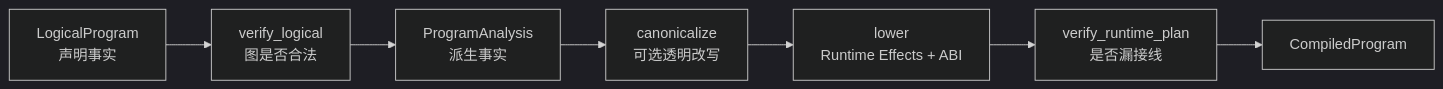
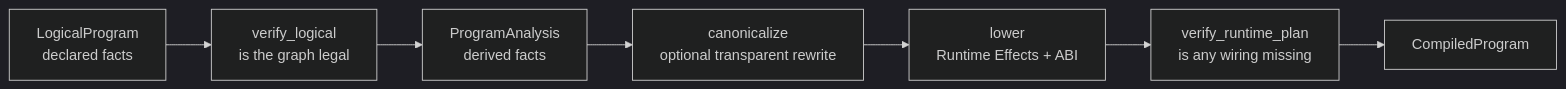
One commit to OpenDCAI/RayOrch changed the first of 2 diagrams in docs/multigrain_v3_6_walkthrough/02_compiler_pipeline.md. Above: the diagram before and after it, drawn with Mermaid (dark theme). The commit also changed other lines of this file and 31 other files, not shown here.

Commit message:
docs(v3.6): publish bilingual architecture guides

````diff
--- a/docs/multigrain_v3_6_walkthrough/02_compiler_pipeline.md
+++ b/docs/multigrain_v3_6_walkthrough/02_compiler_pipeline.md
@@ -31,12 +62,12 @@
 ```mermaid
 flowchart LR
-    Logical["LogicalProgram<br/>声明事实"]
-    Verify1["verify_logical<br/>图是否合法"]
-    Analyze["ProgramAnalysis<br/>派生事实"]
-    Canon["canonicalize<br/>可选透明改写"]
+    Logical["LogicalProgram<br/>declared facts"]
+    Verify1["verify_logical<br/>is the graph legal"]
+    Analyze["ProgramAnalysis<br/>derived facts"]
+    Canon["canonicalize<br/>optional transparent rewrite"]
     Lower["lower<br/>Runtime Effects + ABI"]
-    Verify2["verify_runtime_plan<br/>是否漏接线"]
+    Verify2["verify_runtime_plan<br/>is any wiring missing"]
     Compiled["CompiledProgram"]
 
     Logical --> Verify1 --> Analyze --> Canon --> Lower --> Verify2 --> Compiled
 ```
````
